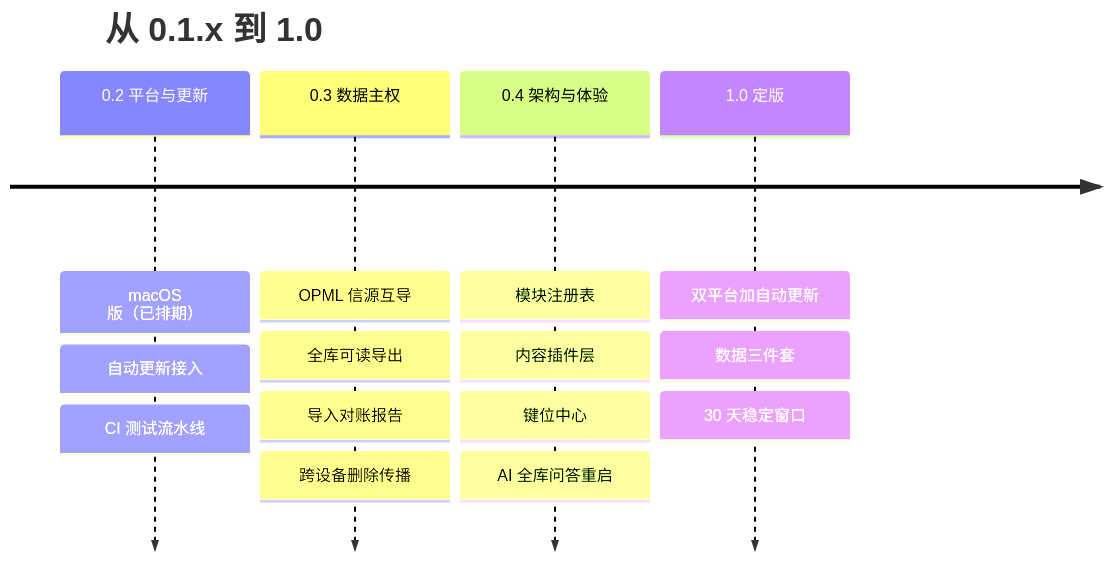
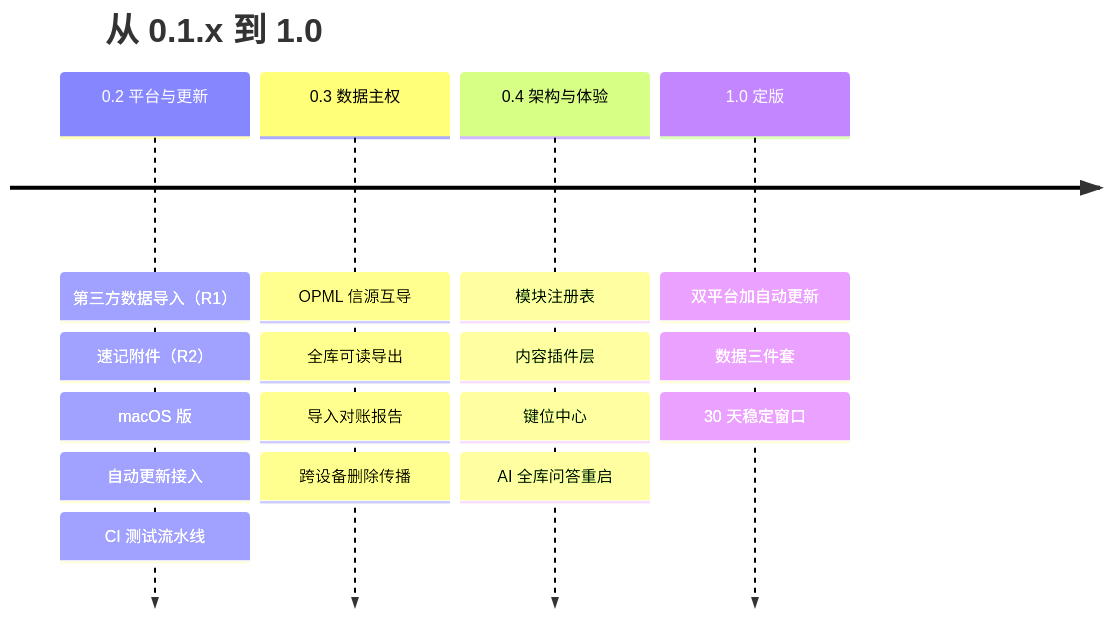
One commit to LoganLink0/pwork changed the diagram in docs/design/05-路线图.md. Above: the diagram before and after it, drawn with Mermaid. The commit also changed other lines of this file and 5 other files, not shown here.

````diff
--- a/docs/design/05-路线图.md
+++ b/docs/design/05-路线图.md
@@ -19,8 +19,8 @@
 ```mermaid
 timeline
     title 从 0.1.x 到 1.0
-    0.2 平台与更新 : macOS 版（已排期） : 自动更新接入 : CI 测试流水线
+    0.2 平台与更新 : 第三方数据导入（R1） : 速记附件（R2） : macOS 版 : 自动更新接入 : CI 测试流水线
     0.3 数据主权 : OPML 信源互导 : 全库可读导出 : 导入对账报告 : 跨设备删除传播
     0.4 架构与体验 : 模块注册表 : 内容插件层 : 键位中心 : AI 全库问答重启
     1.0 定版 : 双平台加自动更新 : 数据三件套 : 30 天稳定窗口
 ```
````
